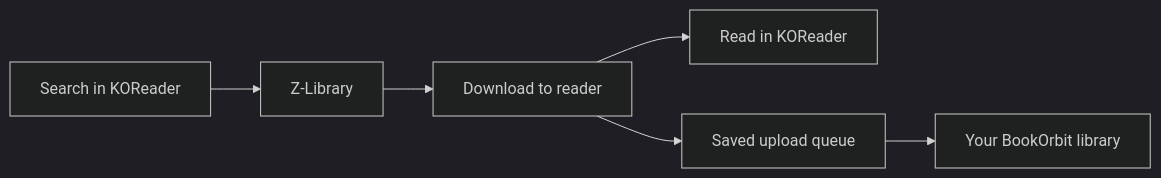
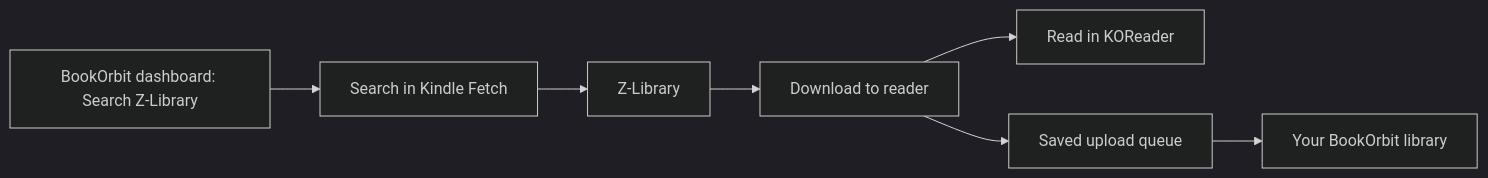
The diagram in README.md (seshakiran/kindlefetch.koplugin), drawn with Mermaid (dark theme) before and after one commit. The commit also changed other lines of this file and 1 other file, not shown here.

Commit message:
Update README with installed dashboard search and verified deployment

````diff
--- a/README.md
+++ b/README.md
@@ -33,8 +34,9 @@
 ```mermaid
 flowchart LR
-    A[Search in KOReader] --> B[Z-Library]
+    A[Search in Kindle Fetch] --> B[Z-Library]
+    BO[BookOrbit dashboard: Search Z-Library] --> A
     B --> C[Download to reader]
     C --> D[Read in KOReader]
     C --> E[Saved upload queue]
     E --> F[Your BookOrbit library]
 ```
````
